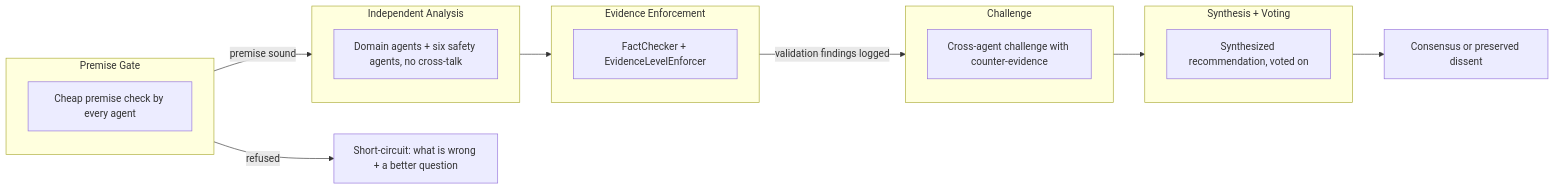
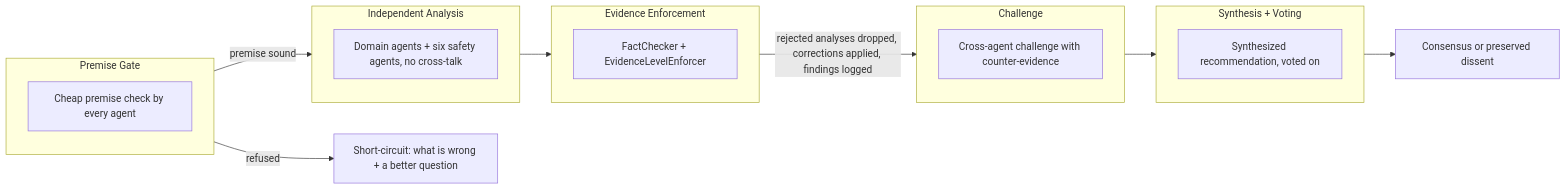
Before and after one commit to KangaKode/aiscaffold: the diagram in README.md, drawn with Mermaid. The commit also changed other lines of this file, not shown here.

Commit message:
docs: state enforcement drop/correct behavior accurately in README flow

````diff
--- a/README.md
+++ b/README.md
@@ -97,24 +97,24 @@
 ```mermaid
 flowchart LR
     subgraph gate [Premise Gate]
         PG["Cheap premise check by every agent"]
     end
     subgraph phase1 [Independent Analysis]
         AG["Domain agents + six safety agents, no cross-talk"]
     end
     subgraph enforce [Evidence Enforcement]
         EF["FactChecker + EvidenceLevelEnforcer"]
     end
     subgraph phase2 [Challenge]
         CH["Cross-agent challenge with counter-evidence"]
     end
     subgraph phase3 [Synthesis + Voting]
         SY["Synthesized recommendation, voted on"]
     end
     gate -->|"premise sound"| phase1
     gate -->|"refused"| Refuse["Short-circuit: what is wrong + a better question"]
     phase1 --> enforce
-    enforce -->|"validation findings logged"| phase2
+    enforce -->|"rejected analyses dropped, corrections applied, findings logged"| phase2
     phase2 --> phase3
     phase3 --> Result["Consensus or preserved dissent"]
 ```
````
